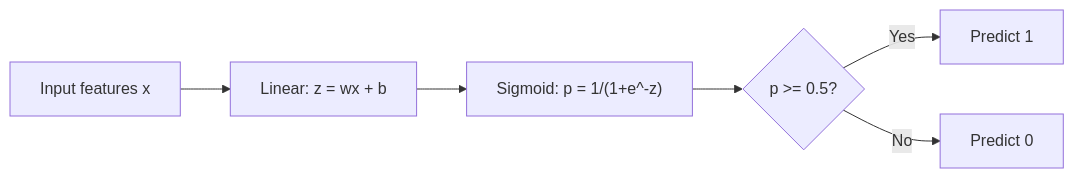
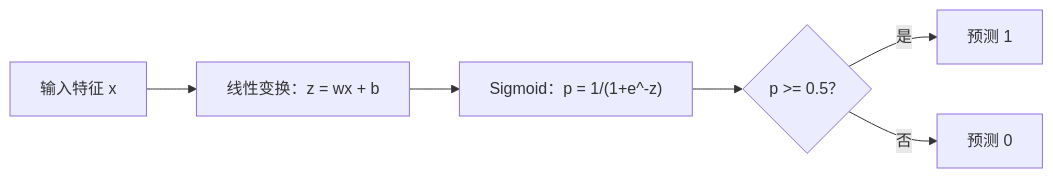
Before and after one commit to omigaZen/ai-engineering-from-scratch: the first of 2 diagrams in phases/02-ml-fundamentals/03-logistic-regression/docs/zh.md, drawn with Mermaid. The commit also changed other lines of this file and 3 other files, not shown here.

````diff
--- a/phases/02-ml-fundamentals/03-logistic-regression/docs/zh.md
+++ b/phases/02-ml-fundamentals/03-logistic-regression/docs/zh.md
@@ -84,8 +66,8 @@
 ```mermaid
 flowchart LR
-    X[Input features x] --> L["Linear: z = wx + b"]
-    L --> S["Sigmoid: p = 1/(1+e^-z)"]
-    S --> D{"p >= 0.5?"}
-    D -->|Yes| P[Predict 1]
-    D -->|No| N[Predict 0]
+    X[输入特征 x] --> L["线性变换：z = wx + b"]
+    L --> S["Sigmoid：p = 1/(1+e^-z)"]
+    S --> D{"p >= 0.5？"}
+    D -->|是| P[预测 1]
+    D -->|否| N[预测 0]
 ```
````
